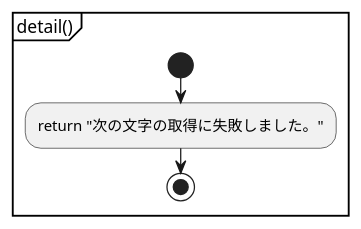
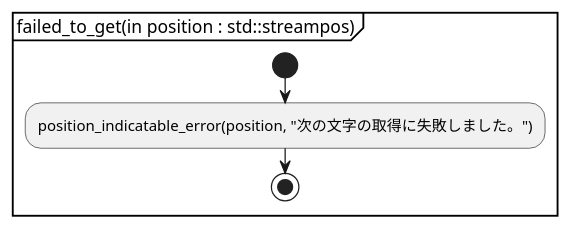
Before and after one commit to KodaiYM/PDFReader: the first of 4 diagrams in document/document_reader/ipdfstream/object_stream/tokenizer/istream_extended/istream_extended_errors.activity.pu, drawn with PlantUML. The commit also changed other lines of this file and 74 other files, not shown here.

```diff
--- a/document/document_reader/ipdfstream/object_stream/tokenizer/istream_extended/istream_extended_errors.activity.pu
+++ b/document/document_reader/ipdfstream/object_stream/tokenizer/istream_extended/istream_extended_errors.activity.pu
@@ -1,7 +1,7 @@
 @startuml failed_to_get
-partition "detail()" {
+partition "failed_to_get(in position : std::streampos)" {
 start
-	:return "次の文字の取得に失敗しました。";
+	:position_indicatable_error(position, "次の文字の取得に失敗しました。");
 stop
 }
 @enduml
```
